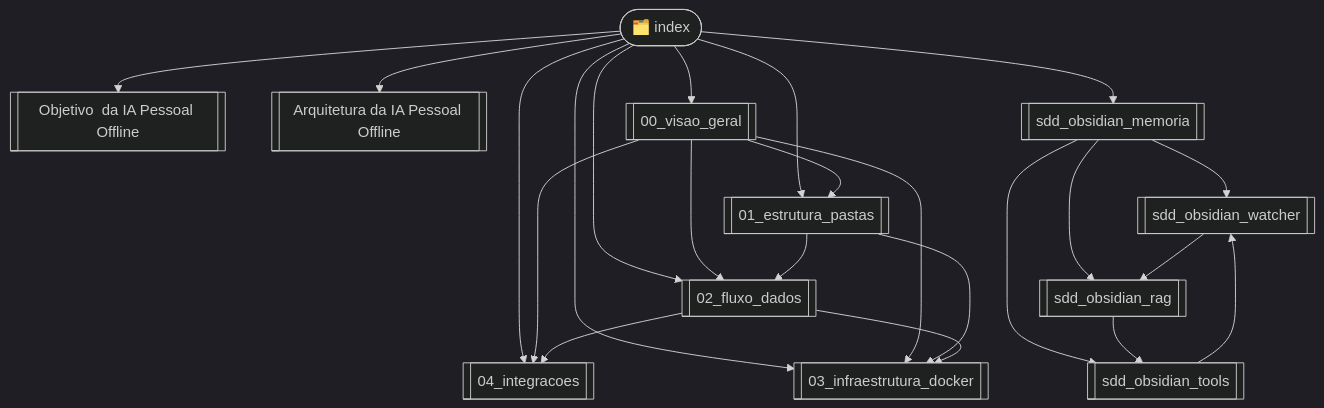
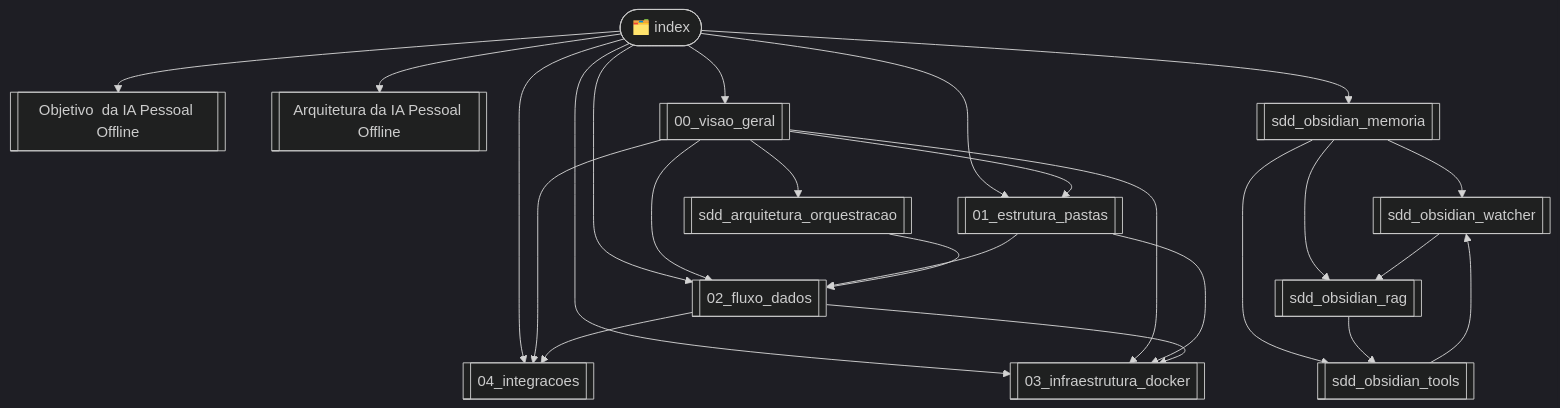
The diagram in docs/index.md (Brian5m1th/K.A.O.S), drawn with Mermaid (dark theme) before and after one commit. The commit also changed other lines of this file and 5 other files, not shown here.

````diff
--- a/docs/index.md
+++ b/docs/index.md
@@ -58,31 +59,34 @@
 ```mermaid
 graph TD
     IDX([🗂️ index])
 
     IDX --> OBJ[[Objetivo  da IA Pessoal Offline]]
     IDX --> ARQ[[Arquitetura da IA Pessoal Offline]]
     IDX --> VG[[00_visao_geral]]
     IDX --> EP[[01_estrutura_pastas]]
     IDX --> FD[[02_fluxo_dados]]
     IDX --> INF[[03_infraestrutura_docker]]
     IDX --> INT[[04_integracoes]]
     IDX --> MEM[[sdd_obsidian_memoria]]
 
     MEM --> WAT[[sdd_obsidian_watcher]]
     MEM --> RAG[[sdd_obsidian_rag]]
     MEM --> TOOLS[[sdd_obsidian_tools]]
 
     WAT --> RAG
     RAG --> TOOLS
     TOOLS --> WAT
 
     VG --> EP
     VG --> FD
     VG --> INF
     VG --> INT
 
     EP --> FD
     EP --> INF
     FD --> INT
     FD --> INF
+
+    VG --> ORQ[[sdd_arquitetura_orquestracao]]
+    ORQ --> FD
 ```
````
